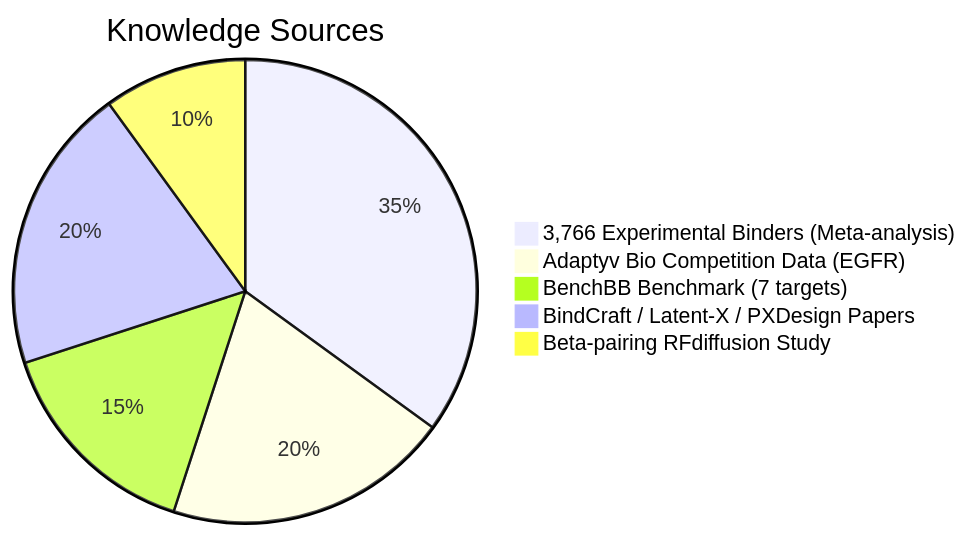
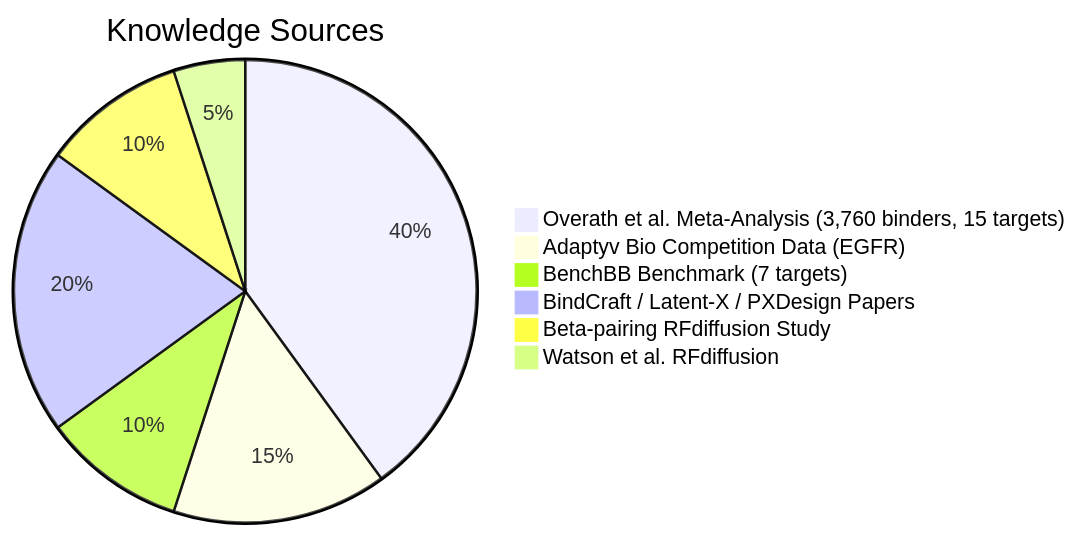
One commit to jhxu003/protein-design-expert changed the second of 3 diagrams in README.md. Above: the diagram before and after it, drawn with Mermaid. The commit also changed other lines of this file and 7 other files, not shown here.

First line of the commit message:
Incorporate Overath et al. 2025 meta-analysis data (3,760 binders, 15 targets)

````diff
--- a/README.md
+++ b/README.md
@@ -265,8 +265,9 @@
 ```mermaid
 pie title Knowledge Sources
-    "3,766 Experimental Binders (Meta-analysis)" : 35
-    "Adaptyv Bio Competition Data (EGFR)" : 20
-    "BenchBB Benchmark (7 targets)" : 15
+    "Overath et al. Meta-Analysis (3,760 binders, 15 targets)" : 40
+    "Adaptyv Bio Competition Data (EGFR)" : 15
+    "BenchBB Benchmark (7 targets)" : 10
     "BindCraft / Latent-X / PXDesign Papers" : 20
     "Beta-pairing RFdiffusion Study" : 10
+    "Watson et al. RFdiffusion" : 5
 ```
````
